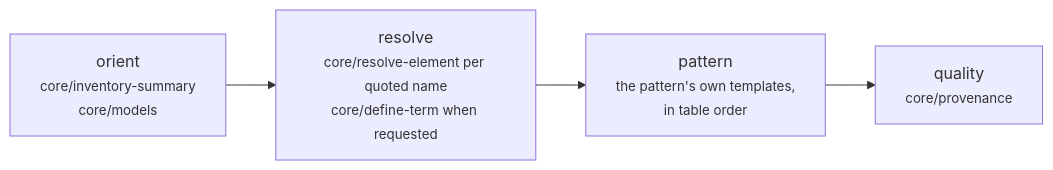
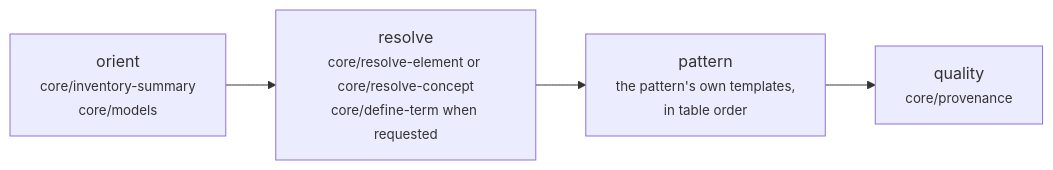
Before and after one commit to linked-archi/linked-archi-apm: the second of 3 diagrams in docs/skills/analyse.md, drawn with Mermaid. The commit also changed other lines of this file and 28 other files, not shown here.

````diff
--- a/docs/skills/analyse.md
+++ b/docs/skills/analyse.md
@@ -70,6 +70,6 @@
 ```mermaid
 flowchart LR
-  O["orient<br/><small>core/inventory-summary<br/>core/models</small>"] --> R["resolve<br/><small>core/resolve-element per quoted name<br/>core/define-term when requested</small>"]
+  O["orient<br/><small>core/inventory-summary<br/>core/models</small>"] --> R["resolve<br/><small>core/resolve-element or core/resolve-concept<br/>core/define-term when requested</small>"]
   R --> P["pattern<br/><small>the pattern's own templates,<br/>in table order</small>"]
   P --> Q["quality<br/><small>core/provenance</small>"]
 ```
````
